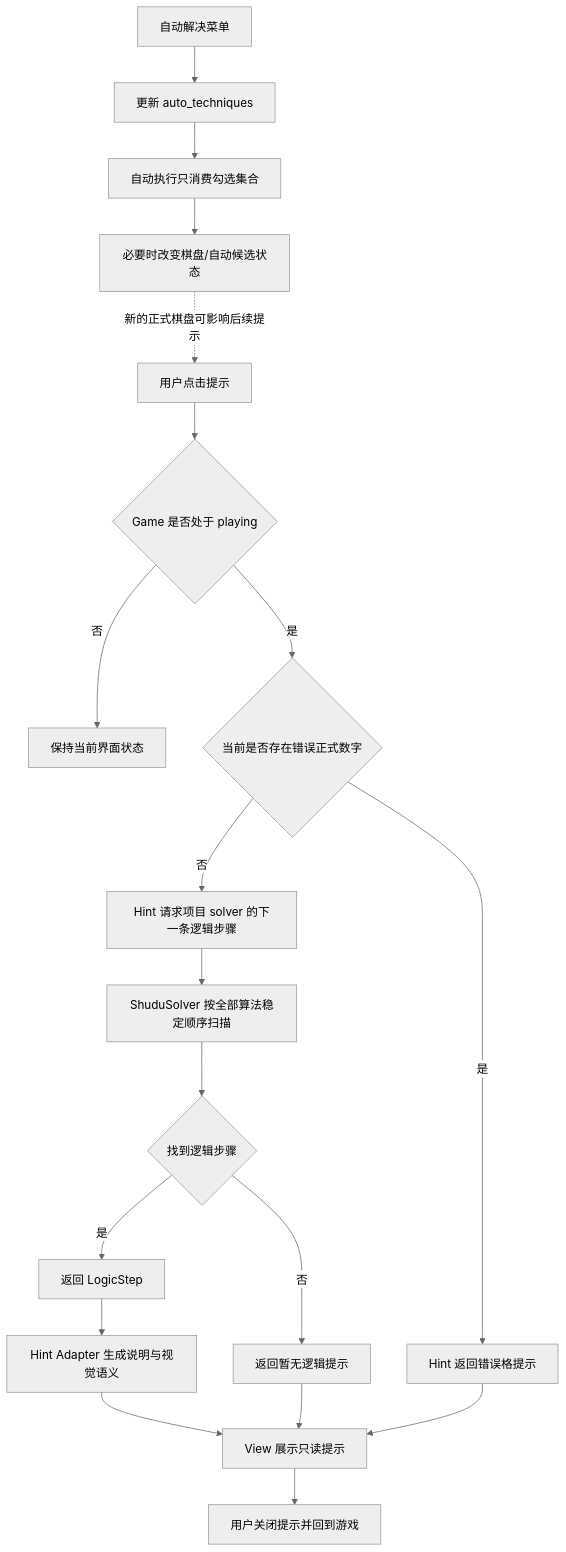
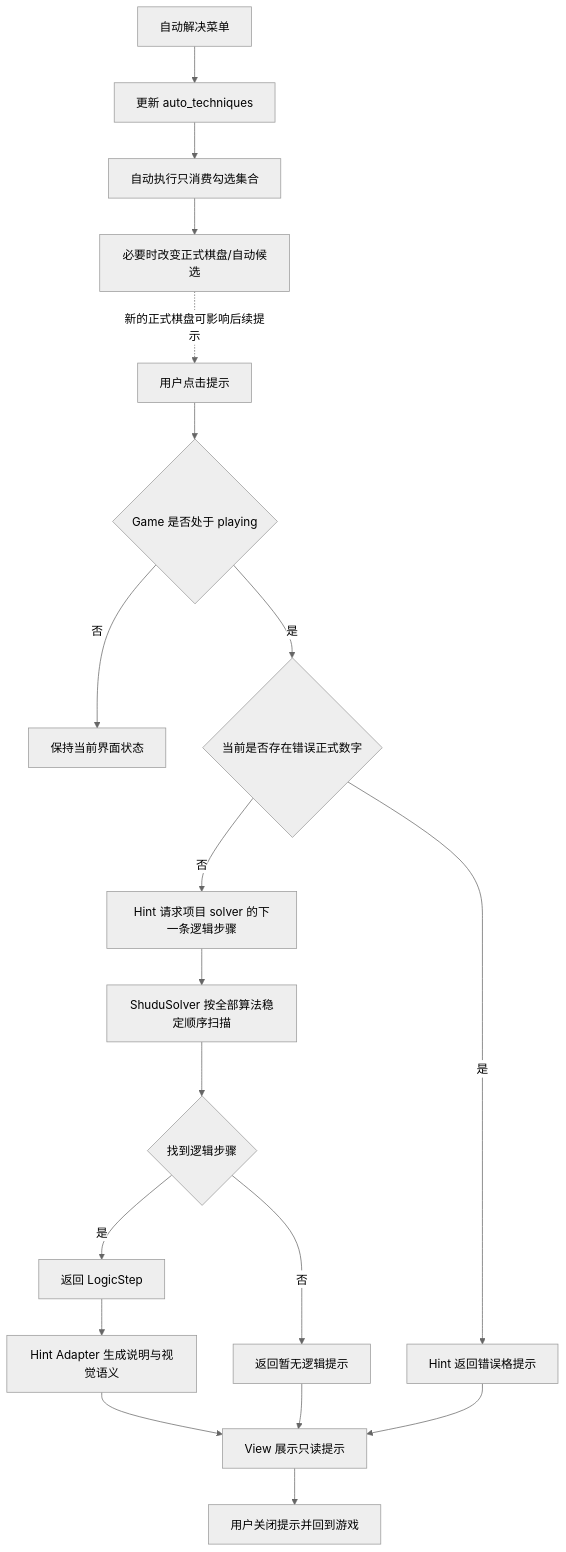
One commit to jaried/shudu changed the first of 3 diagrams in docs/01_sprint记录/sprint01/00-联合方案决策/2026-10-05/联合方案决策草案.md. Above: the diagram before and after it, drawn with Mermaid (neutral theme). The commit also changed other lines of this file, not shown here.

````diff
--- a/docs/01_sprint记录/sprint01/00-联合方案决策/2026-10-05/联合方案决策草案.md
+++ b/docs/01_sprint记录/sprint01/00-联合方案决策/2026-10-05/联合方案决策草案.md
@@ -266,22 +192,22 @@
 ```mermaid
 flowchart TD
     A[用户点击提示] --> B{Game 是否处于 playing}
     B -- 否 --> Z[保持当前界面状态]
     B -- 是 --> C{当前是否存在错误正式数字}
     C -- 是 --> D[Hint 返回错误格提示]
     C -- 否 --> E[Hint 请求项目 solver 的下一条逻辑步骤]
     E --> F[ShuduSolver 按全部算法稳定顺序扫描]
     F --> G{找到逻辑步骤}
     G -- 是 --> H[返回 LogicStep]
     H --> I[Hint Adapter 生成说明与视觉语义]
     I --> J[View 展示只读提示]
     G -- 否 --> K[返回暂无逻辑提示]
     K --> J
     D --> J
     J --> L[用户关闭提示并回到游戏]
 
     M[自动解决菜单] --> N[更新 auto_techniques]
     N --> O[自动执行只消费勾选集合]
-    O --> P[必要时改变棋盘/自动候选状态]
+    O --> P[必要时改变正式棋盘/自动候选]
     P -. 新的正式棋盘可影响后续提示 .-> A
 ```
````
